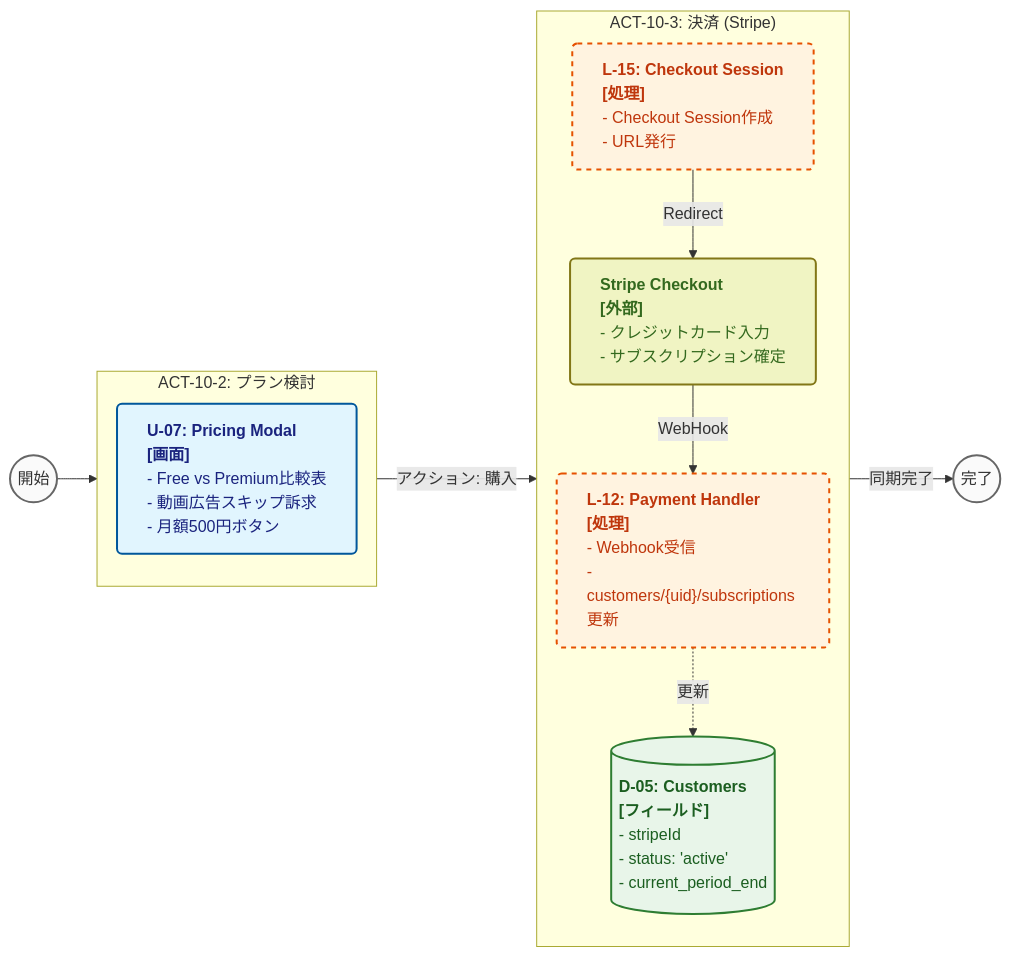
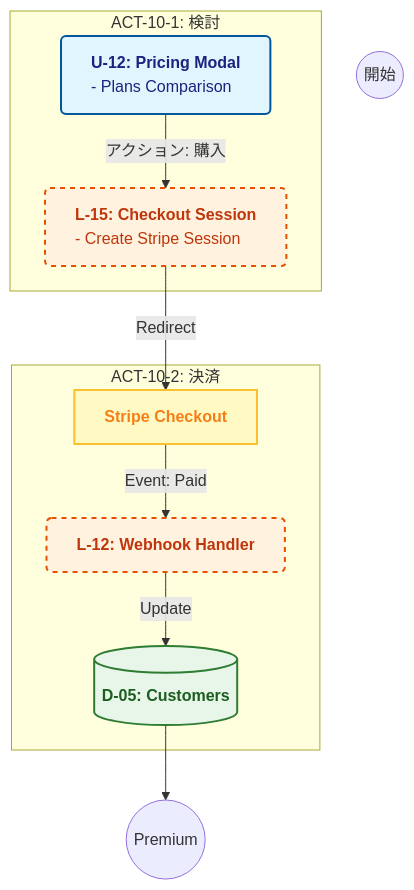
One commit to plplbody/googlemap-reviews-AIanalyzer changed the tenth of 14 diagrams in docs/仕様書.md. Above: the diagram before and after it, drawn with Mermaid. The commit also changed other lines of this file and 25 other files, not shown here.

````diff
--- a/docs/仕様書.md
+++ b/docs/仕様書.md
@@ -643,35 +875,29 @@
 ```mermaid
-%%{init: {'flowchart': {'useMaxWidth': false, 'rankSpacing': 40, 'nodeSpacing': 20}}}%%
-flowchart LR
-    %% Definitions
-    classDef startend fill:#fafafa,stroke:#666,stroke-width:2px,rx:20,ry:20,color:#333
+flowchart TD
     classDef ui fill:#e1f5fe,stroke:#01579b,stroke-width:2px,rx:5,ry:5,color:#1a237e,text-align:left
-    classDef comp fill:#f0f4c3,stroke:#827717,stroke-width:2px,rx:5,ry:5,color:#33691e,text-align:left
     classDef logic fill:#fff3e0,stroke:#e65100,stroke-width:2px,stroke-dasharray: 5 5,rx:5,ry:5,color:#bf360c,text-align:left
-    classDef ai fill:#f3e5f5,stroke:#4a148c,stroke-width:2px,rx:5,ry:5,color:#4a148c,text-align:left
+    classDef ext fill:#fff9c4,stroke:#fbc02d,stroke-width:2px,rx:0,ry:0,color:#f57f17,text-align:left
     classDef db fill:#e8f5e9,stroke:#2e7d32,stroke-width:2px,rx:0,ry:0,color:#1b5e20,text-align:left
 
     S10_Start((開始)):::startend
-    S10_End((完了)):::startend
-    
-    subgraph ACT_10_2 ["ACT-10-2: プラン検討"]
-        direction TB
-        U_07_S10["<b>U-07: Pricing Modal</b><br/><b>[画面]</b><br/>- Free vs Premium比較表<br/>- 動画広告スキップ訴求<br/>- 月額500円ボタン"]:::ui
+    S10_End((Premium)):::startend
+
+    subgraph ACT_10_1 ["ACT-10-1: 検討"]
+        U_Pricing["<b>U-12: Pricing Modal</b><br/>- Plans Comparison"]:::ui
+        L_Checkout["<b>L-15: Checkout Session</b><br/>- Create Stripe Session"]:::logic
+        
+        U_Pricing -- "アクション: 購入" --> L_Checkout
     end
 
-    subgraph ACT_10_3 ["ACT-10-3: 決済 (Stripe)"]
-        direction TB
-        L_15_S10["<b>L-15: Checkout Session</b><br/><b>[処理]</b><br/>- Checkout Session作成<br/>- URL発行"]:::logic
-        U_Stripe["<b>Stripe Checkout</b><br/><b>[外部]</b><br/>- クレジットカード入力<br/>- サブスクリプション確定"]:::comp
-        L_12_S10["<b>L-12: Payment Handler</b><br/><b>[処理]</b><br/>- Webhook受信<br/>- customers/{uid}/subscriptions 更新"]:::logic
-        D_05_S10[("<b>D-05: Customers</b><br/><b>[フィールド]</b><br/>- stripeId<br/>- status: 'active'<br/>- current_period_end")]:::db
-
-        U_07_S10 -- "アクション: 購入" --> L_15_S10
-        L_15_S10 -- "Redirect" --> U_Stripe
-        U_Stripe -- "WebHook" --> L_12_S10
-        L_12_S10 -. "更新" .-> D_05_S10
+    subgraph ACT_10_2 ["ACT-10-2: 決済"]
+        Stripe["<b>Stripe Checkout</b>"]:::ext
+        L_Webhook["<b>L-12: Webhook Handler</b>"]:::logic
+        D_Cust[("<b>D-05: Customers</b>")]:::db
+        
+        L_Checkout -- "Redirect" --> Stripe
+        Stripe -- "Event: Paid" --> L_Webhook
+        L_Webhook -- "Update" --> D_Cust
     end
 
-    S10_Start --> U_07_S10
-    D_05_S10 -- "同期完了" --> S10_End
+    D_Cust --> S10_End
 ```
````
